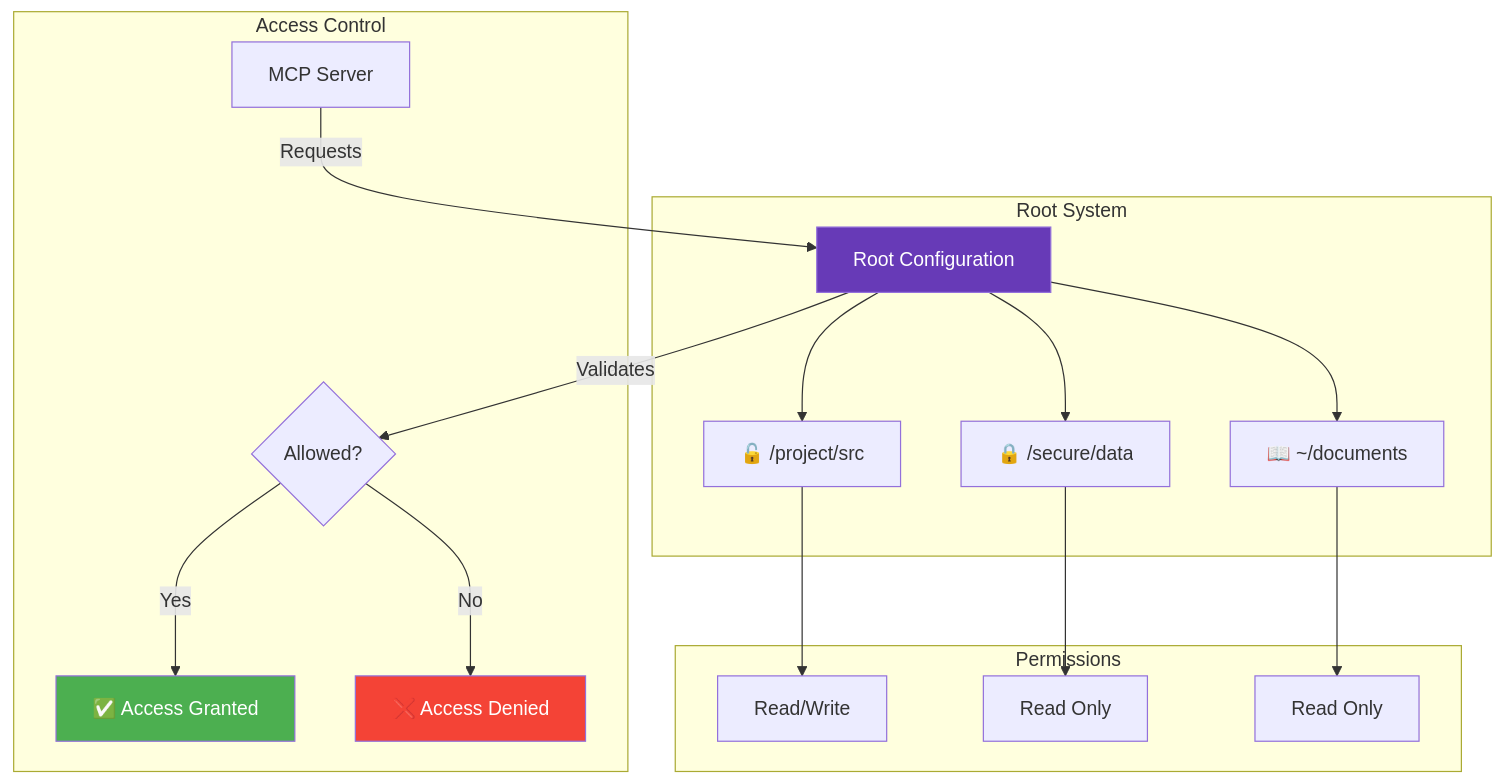
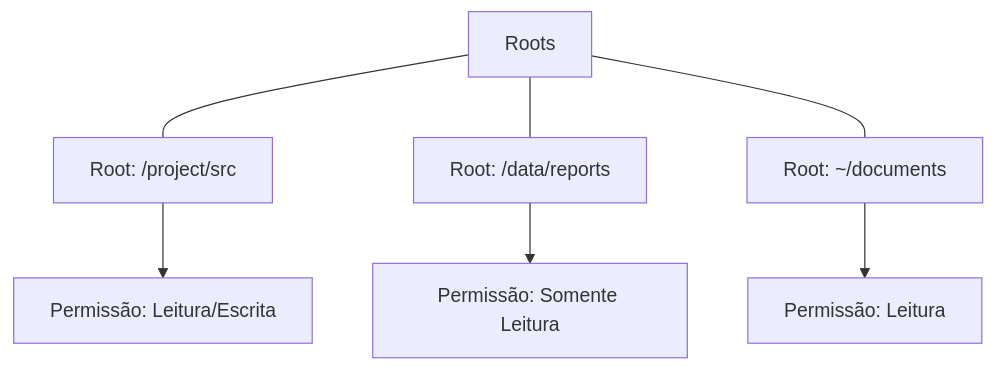
Before and after one commit to felipepimentel/my-public-notes: diagram 13 of 19 in AI/Comunicação/MCP/00-mcp-presentation-zero to hero.md, drawn with Mermaid. The commit also changed other lines of this file, not shown here.

````diff
--- a/AI/Comunicação/MCP/00-mcp-presentation-zero to hero.md
+++ b/AI/Comunicação/MCP/00-mcp-presentation-zero to hero.md
@@ -489,25 +302,10 @@
 ```mermaid
 graph TD
-    subgraph "Root System"
-        R[Root Configuration] --> P1[🔓 /project/src]
-        R --> P2[🔒 /secure/data]
-        R --> P3[📖 ~/documents]
-    end
+    R[Roots] --- R1[Root: /project/src]
+    R --- R2[Root: /data/reports]
+    R --- R3[Root: ~/documents]
     
-    subgraph "Permissions"
-        P1 --> PERM1[Read/Write]
-        P2 --> PERM2[Read Only]
-        P3 --> PERM3[Read Only]
-    end
-    
-    subgraph "Access Control"
-        S[MCP Server] -->|Requests| R
-        R -->|Validates| AC{Allowed?}
-        AC -->|Yes| GRANT[✅ Access Granted]
-        AC -->|No| DENY[❌ Access Denied]
-    end
-    
-    style R fill:#673AB7,color:#fff
-    style GRANT fill:#4CAF50,color:#fff
-    style DENY fill:#F44336,color:#fff
+    R1 --> P1[Permissão: Leitura/Escrita]
+    R2 --> P2[Permissão: Somente Leitura]
+    R3 --> P3[Permissão: Leitura]
 ```
````
